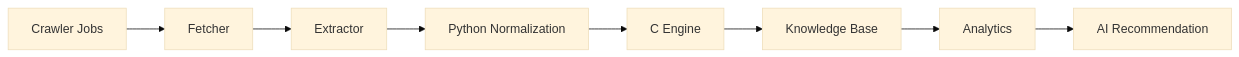
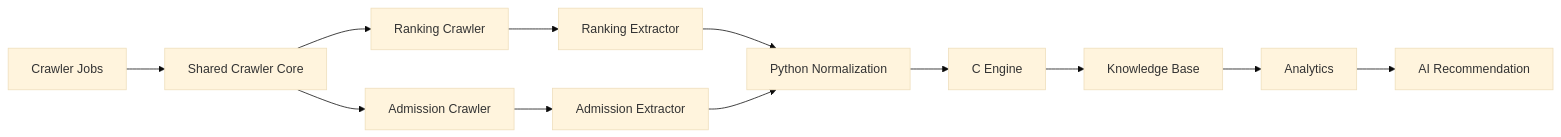
Before and after one commit to heinricitorgau/CrawlerNest: the fourth of 4 diagrams in docs/foundation/Whitepaper.md, drawn with Mermaid (base theme). The commit also changed other lines of this file and 1 other file, not shown here.

````diff
--- a/docs/foundation/Whitepaper.md
+++ b/docs/foundation/Whitepaper.md
@@ -834,10 +861,14 @@
 ```mermaid
 graph LR
-    JOBS[Crawler Jobs] --> FETCH[Fetcher]
-    FETCH --> EXT[Extractor]
-    EXT --> NORM_PY[Python Normalization]
+    JOBS[Crawler Jobs] --> CORE[Shared Crawler Core]
+    CORE --> RANK[Ranking Crawler]
+    CORE --> ADM[Admission Crawler]
+    RANK --> EXT_R[Ranking Extractor]
+    ADM --> EXT_A[Admission Extractor]
+    EXT_R --> NORM_PY[Python Normalization]
+    EXT_A --> NORM_PY
     NORM_PY --> NORM_C[C Engine]
     NORM_C --> DB[Knowledge Base]
     DB --> ANA[Analytics]
     ANA --> AI[AI Recommendation]
 ```
````
